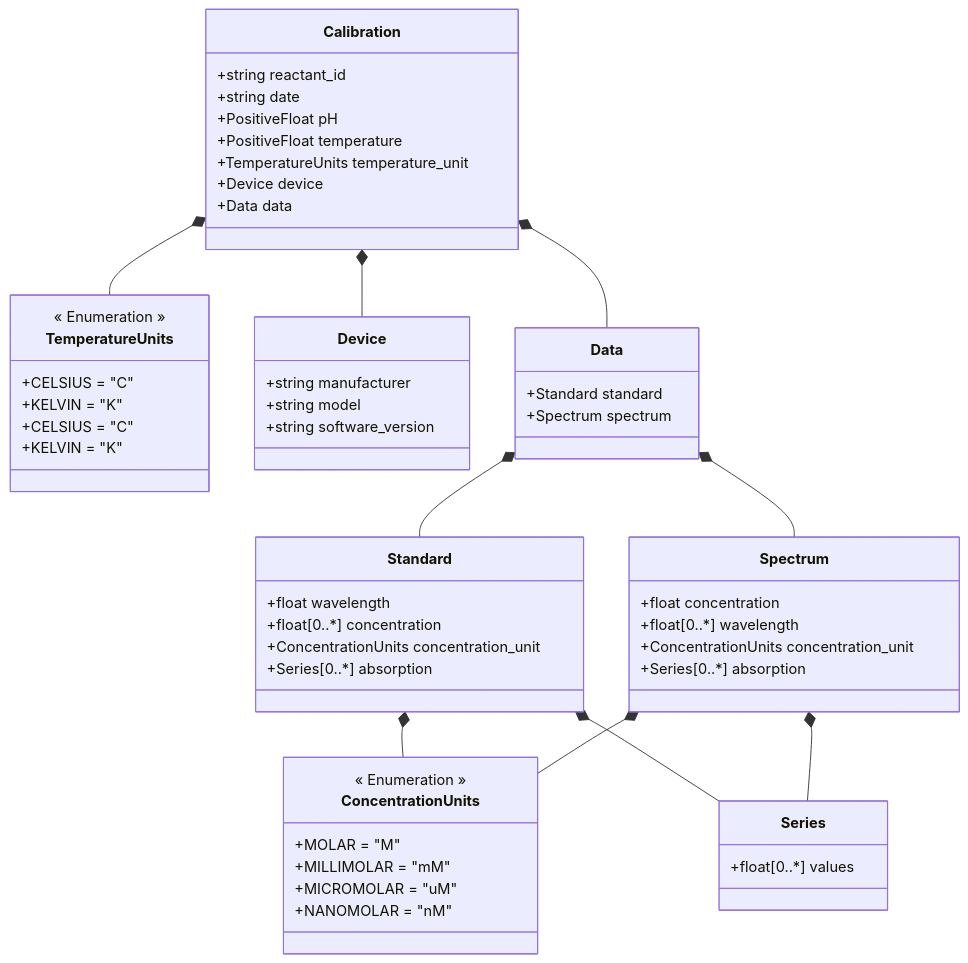
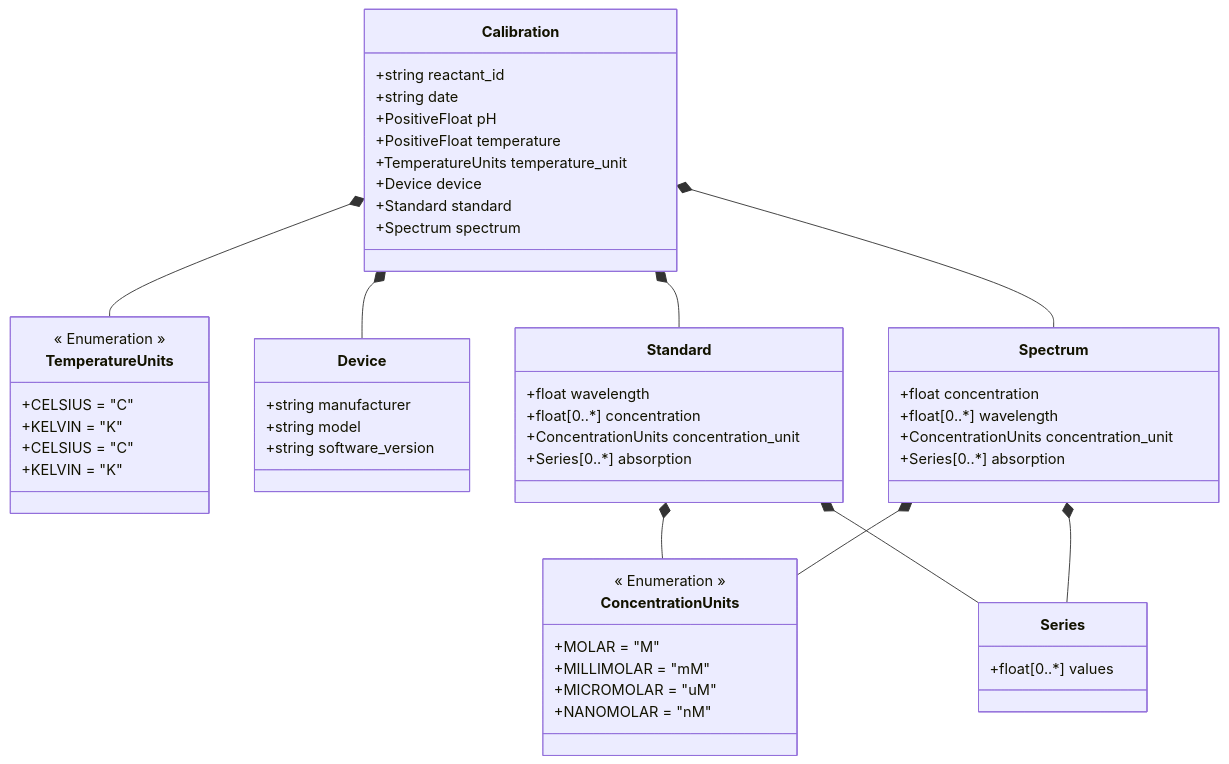
The diagram in Calibration/schemes/Calibration data-model.md (FAIRChemistry/datamodel_calibration), drawn with Mermaid before and after one commit. The commit also changed 3 other files, not shown here.

````diff
--- a/Calibration/schemes/Calibration data-model.md
+++ b/Calibration/schemes/Calibration data-model.md
@@ -1,72 +1,67 @@
 ```mermaid
 classDiagram
     Calibration *-- TemperatureUnits
     Calibration *-- Device
-    Calibration *-- Data
-    Data *-- Standard
-    Data *-- Spectrum
+    Calibration *-- Standard
+    Calibration *-- Spectrum
     Standard *-- ConcentrationUnits
     Standard *-- Series
     Spectrum *-- ConcentrationUnits
     Spectrum *-- Series
     
     class Calibration {
         +string reactant_id
         +string date
         +PositiveFloat pH
         +PositiveFloat temperature
         +TemperatureUnits temperature_unit
         +Device device
-        +Data data
+        +Standard standard
+        +Spectrum spectrum
     }
     
     class Device {
         +string manufacturer
         +string model
         +string software_version
-    }
-    
-    class Data {
-        +Standard standard
-        +Spectrum spectrum
     }
     
     class Standard {
         +float wavelength
         +float[0..*] concentration
         +ConcentrationUnits concentration_unit
         +Series[0..*] absorption
     }
     
     class Spectrum {
         +float concentration
         +float[0..*] wavelength
         +ConcentrationUnits concentration_unit
         +Series[0..*] absorption
     }
     
     class Series {
         +float[0..*] values
     }
     
     class TemperatureUnits {
         << Enumeration >>
         +CELSIUS = "C"
         +KELVIN = "K"
     }
     
     class TemperatureUnits {
         << Enumeration >>
         +CELSIUS = "C"
         +KELVIN = "K"
     }
     
     class ConcentrationUnits {
         << Enumeration >>
         +MOLAR = "M"
         +MILLIMOLAR = "mM"
         +MICROMOLAR = "uM"
         +NANOMOLAR = "nM"
     }
     
 ```
````
